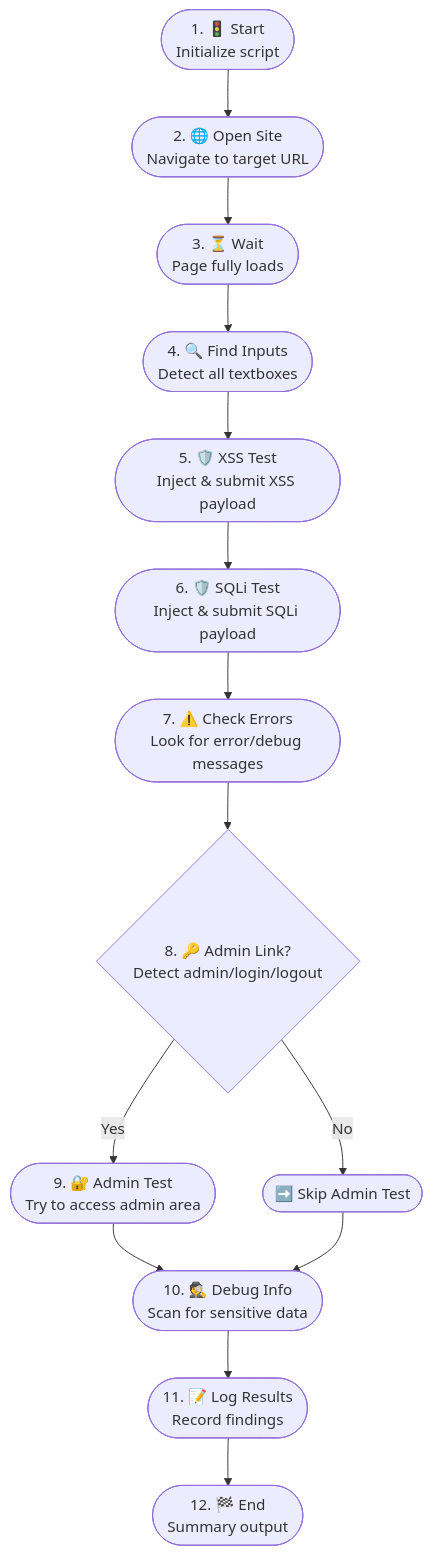
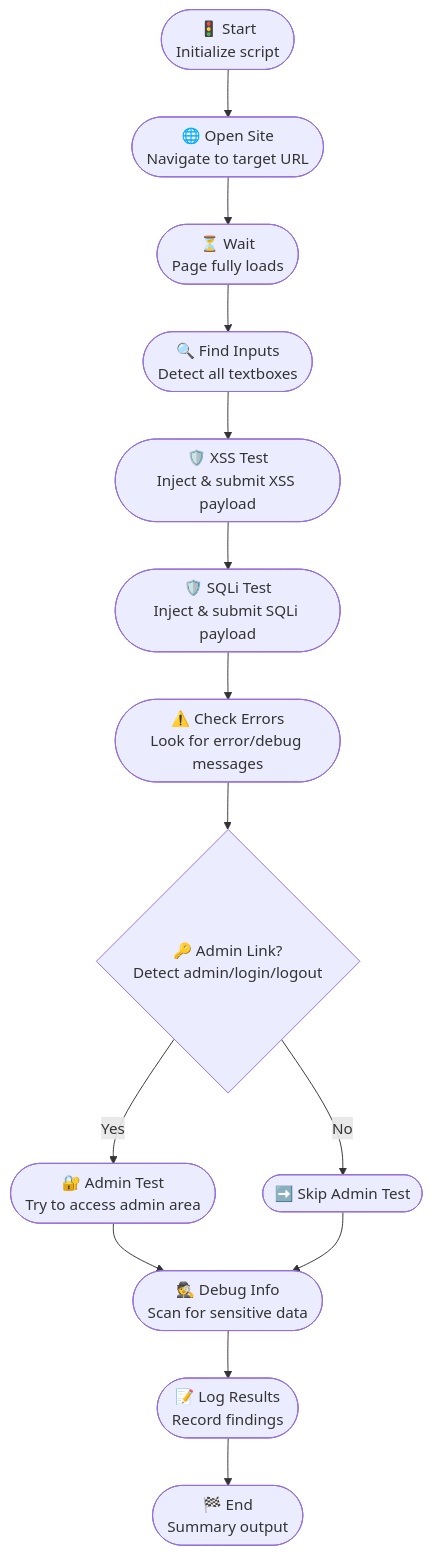
Before and after one commit to ma3u/testingAskui: the fourth of 4 diagrams in README.md, drawn with Mermaid. The commit also changed other lines of this file, not shown here.

Commit message:
docs: simplify process flowchart and update external links

````diff
--- a/README.md
+++ b/README.md
@@ -367,16 +368,16 @@
 ```mermaid
 flowchart TD
-    S(["1. 🚦 Start<br/>Initialize script"]) --> O(["2. 🌐 Open Site<br/>Navigate to target URL"])
-    O --> W(["3. ⏳ Wait<br/>Page fully loads"])
-    W --> I(["4. 🔍 Find Inputs<br/>Detect all textboxes"])
-    I --> X(["5. 🛡️ XSS Test<br/>Inject & submit XSS payload"])
-    X --> Q(["6. 🛡️ SQLi Test<br/>Inject & submit SQLi payload"])
-    Q --> E(["7. ⚠️ Check Errors<br/>Look for error/debug messages"])
-    E --> A{"8. 🔑 Admin Link?<br/>Detect admin/login/logout"}
-    A -- Yes --> T(["9. 🔐 Admin Test<br/>Try to access admin area"])
+    S(["🚦 Start<br/>Initialize script"]) --> O(["🌐 Open Site<br/>Navigate to target URL"])
+    O --> W(["⏳ Wait<br/>Page fully loads"])
+    W --> I(["🔍 Find Inputs<br/>Detect all textboxes"])
+    I --> X(["🛡️ XSS Test<br/>Inject & submit XSS payload"])
+    X --> Q(["🛡️ SQLi Test<br/>Inject & submit SQLi payload"])
+    Q --> E(["⚠️ Check Errors<br/>Look for error/debug messages"])
+    E --> A{"🔑 Admin Link?<br/>Detect admin/login/logout"}
+    A -- Yes --> T(["🔐 Admin Test<br/>Try to access admin area"])
     A -- No --> K(["➡️ Skip Admin Test"])
-    T --> D(["10. 🕵️ Debug Info<br/>Scan for sensitive data"])
+    T --> D(["🕵️ Debug Info<br/>Scan for sensitive data"])
     K --> D
-    D --> L(["11. 📝 Log Results<br/>Record findings"])
-    L --> F(["12. 🏁 End<br/>Summary output"])
+    D --> L(["📝 Log Results<br/>Record findings"])
+    L --> F(["🏁 End<br/>Summary output"])
 ```
````
